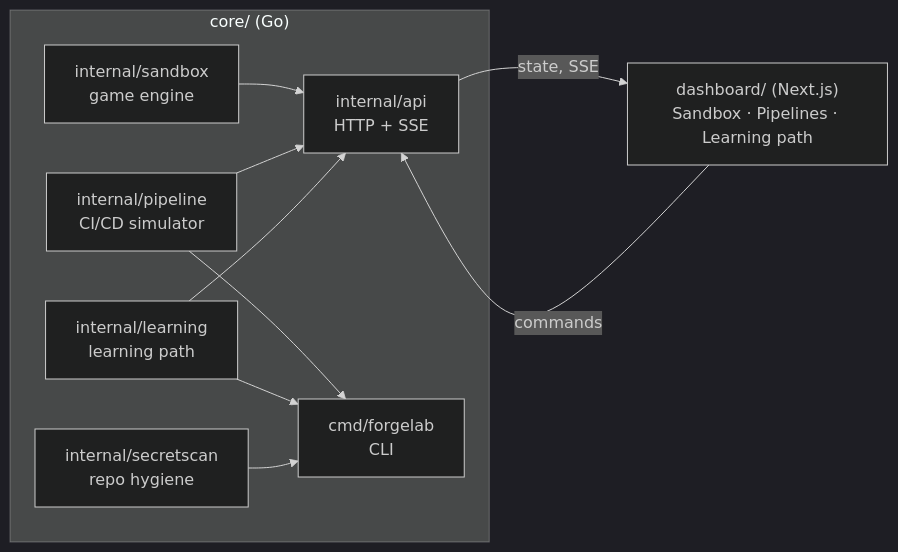
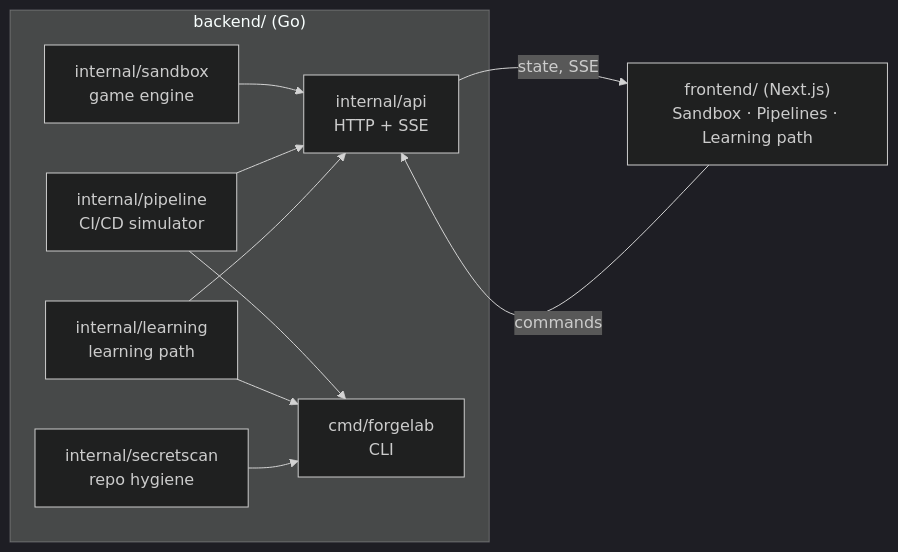
The first of 2 diagrams in docs/architecture.md (samin-al-wasee/production-simulator), drawn with Mermaid (dark theme) before and after one commit. The commit also changed other lines of this file and 88 other files, not shown here.

First line of the commit message:
[refactor] Rename code folders to backend/ and frontend/ (ADR-0015)

````diff
--- a/docs/architecture.md
+++ b/docs/architecture.md
@@ -8,17 +8,17 @@
 ```mermaid
 flowchart LR
-    subgraph CORE["core/ (Go)"]
+    subgraph CORE["backend/ (Go)"]
         SB["internal/sandbox<br/>game engine"]
         PL["internal/pipeline<br/>CI/CD simulator"]
         LE["internal/learning<br/>learning path"]
         SS["internal/secretscan<br/>repo hygiene"]
         API["internal/api<br/>HTTP + SSE"]
         CLI["cmd/forgelab<br/>CLI"]
     end
-    UI["dashboard/ (Next.js)<br/>Sandbox · Pipelines · Learning path"]
+    UI["frontend/ (Next.js)<br/>Sandbox · Pipelines · Learning path"]
 
     SB & PL & LE --> API
     PL & LE & SS --> CLI
     API -- "state, SSE" --> UI
     UI -- commands --> API
 ```
````
